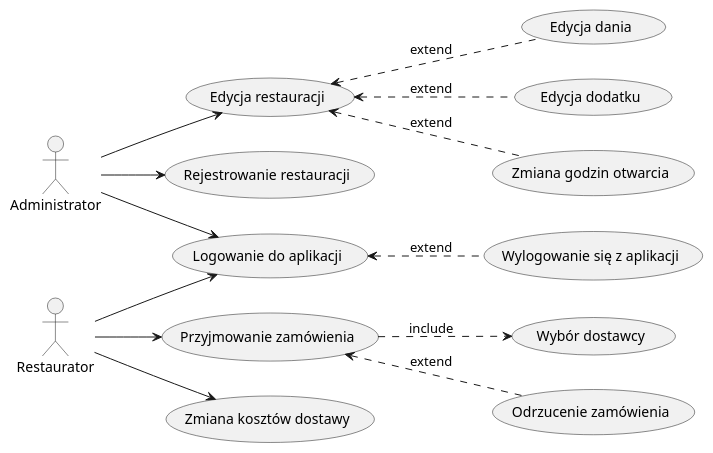
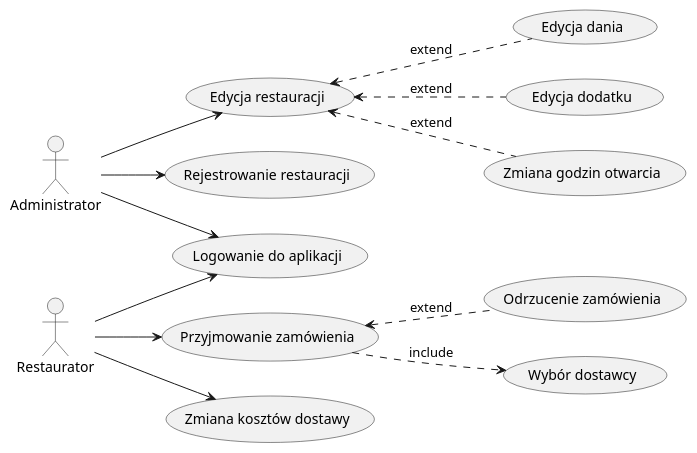
One commit to amelinium23/food-ordering-and-delivering-service changed the diagram in docs/usecase_diagram_res.md. Above: the diagram before and after it, drawn with PlantUML.

Commit message:
Diagrams done!

````diff
--- a/docs/usecase_diagram_res.md
+++ b/docs/usecase_diagram_res.md
@@ -1,34 +1,32 @@
 ```plantuml
 @startuml usecase
 left to right direction
 
 actor Restaurator as Res
 actor Administrator as Ad
 
 usecase "Logowanie do aplikacji" as uc1
 usecase "Edycja restauracji" as uc2
 usecase "Wybór dostawcy" as uc3
 usecase "Rejestrowanie restauracji" as uc4
 usecase "Zmiana kosztów dostawy" as uc5
 usecase "Przyjmowanie zamówienia" as uc6
 usecase "Odrzucenie zamówienia" as uc7
 usecase "Edycja dania" as uc8
 usecase "Edycja dodatku" as uc9
-usecase "Wylogowanie się z aplikacji" as uc10
 usecase "Zmiana godzin otwarcia" as uc11
 
 Ad --> uc4
 Ad --> uc2
 Ad --> uc1
-(uc1) <.. (uc10) : extend 
 (uc6) ..> (uc3) : include
 (uc6) <.. (uc7) : extend
 Res --> uc1
 Res --> uc6
 Res --> uc5
 (uc2) <.. (uc8) : extend
 (uc2) <.. (uc9) : extend
 (uc2) <.. (uc11) : extend
 
 @enduml
 ```
````
